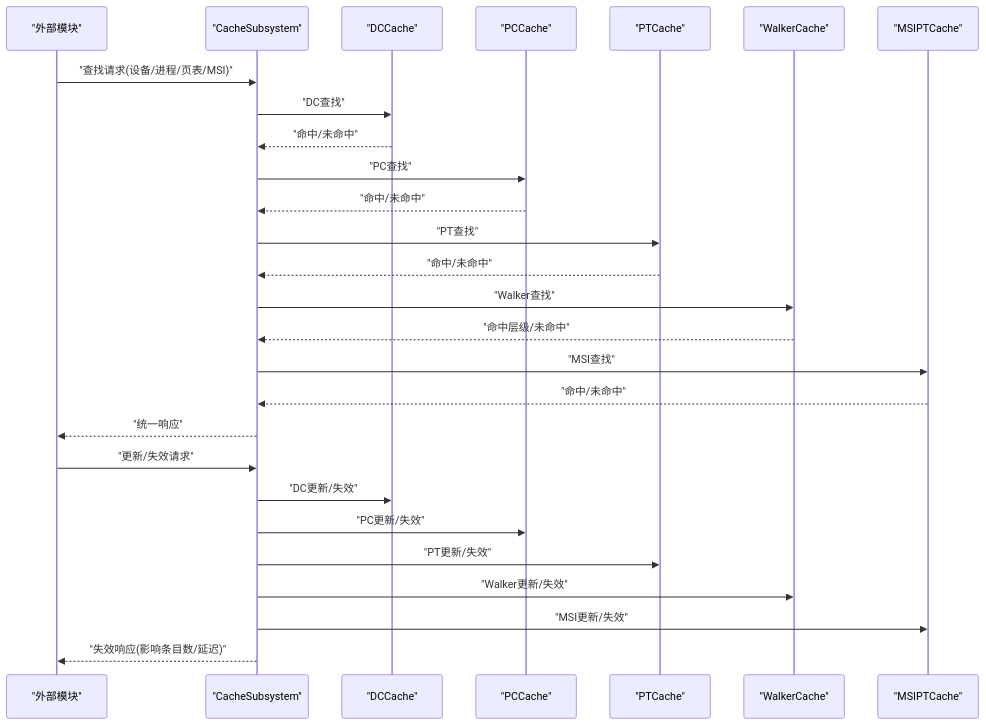
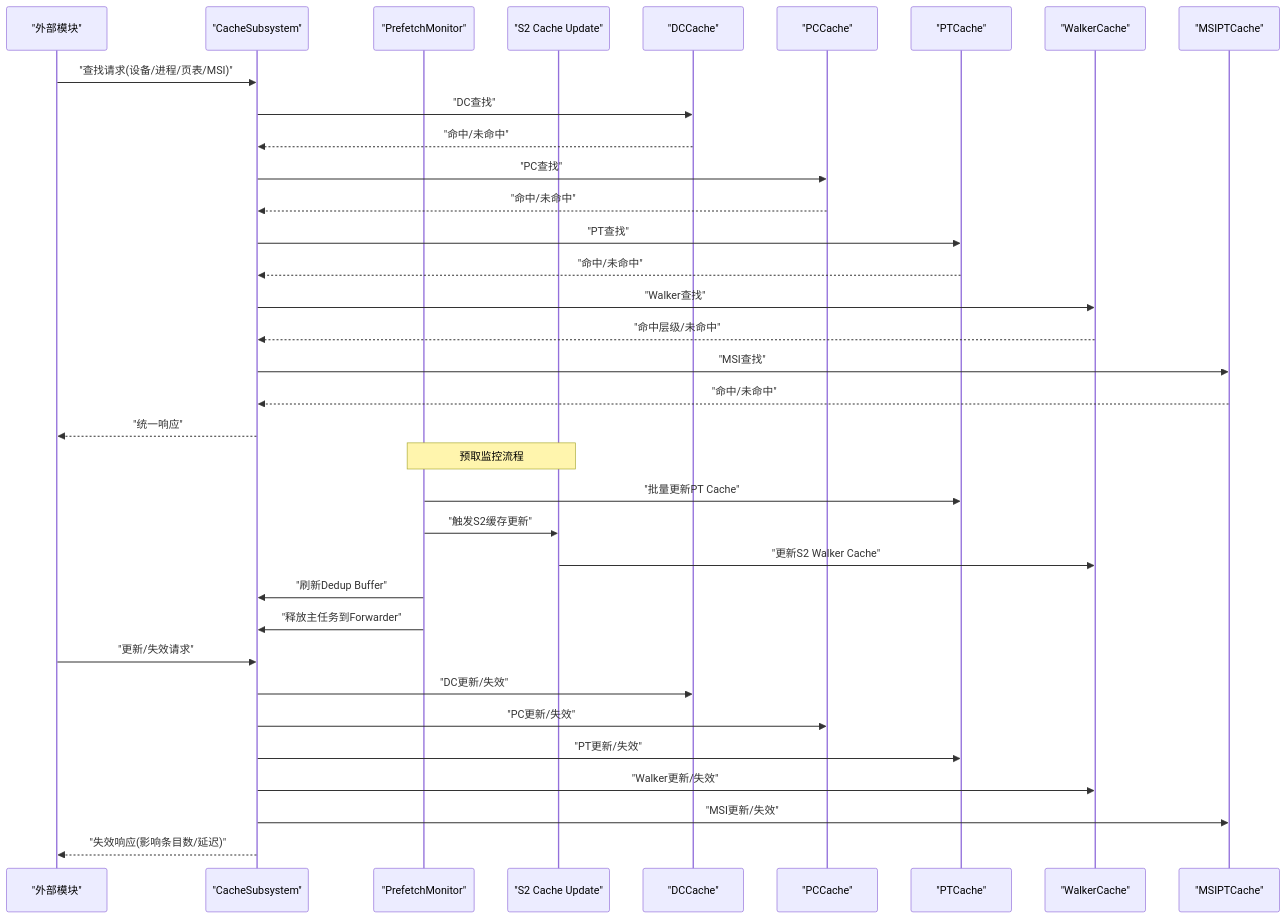
One commit to jiangjiang1122/iommu_model_20260401_v1 changed the second of 11 diagrams in .qoder/repowiki/zh/content/缓存系统/缓存系统.md. Above: the diagram before and after it, drawn with Mermaid. The commit also changed other lines of this file and 21 other files, not shown here.

````diff
--- a/.qoder/repowiki/zh/content/缓存系统/缓存系统.md
+++ b/.qoder/repowiki/zh/content/缓存系统/缓存系统.md
@@ -115,29 +145,37 @@
 ```mermaid
 sequenceDiagram
 participant Ext as "外部模块"
 participant CS as "CacheSubsystem"
+participant PM as "PrefetchMonitor"
+participant S2U as "S2 Cache Update"
 participant DC as "DCCache"
 participant PC as "PCCache"
 participant PT as "PTCache"
 participant WC as "WalkerCache"
 participant MSI as "MSIPTCache"
 Ext->>CS : "查找请求(设备/进程/页表/MSI)"
 CS->>DC : "DC查找"
 DC-->>CS : "命中/未命中"
 CS->>PC : "PC查找"
 PC-->>CS : "命中/未命中"
 CS->>PT : "PT查找"
 PT-->>CS : "命中/未命中"
 CS->>WC : "Walker查找"
 WC-->>CS : "命中层级/未命中"
 CS->>MSI : "MSI查找"
 MSI-->>CS : "命中/未命中"
 CS-->>Ext : "统一响应"
+Note over PM,S2U : 预取监控流程
+PM->>PT : "批量更新PT Cache"
+PM->>S2U : "触发S2缓存更新"
+S2U->>WC : "更新S2 Walker Cache"
+PM->>CS : "刷新Dedup Buffer"
+PM->>CS : "释放主任务到Forwarder"
 Ext->>CS : "更新/失效请求"
 CS->>DC : "DC更新/失效"
 CS->>PC : "PC更新/失效"
 CS->>PT : "PT更新/失效"
 CS->>WC : "Walker更新/失效"
 CS->>MSI : "MSI更新/失效"
 CS-->>Ext : "失效响应(影响条目数/延迟)"
 ```
````
